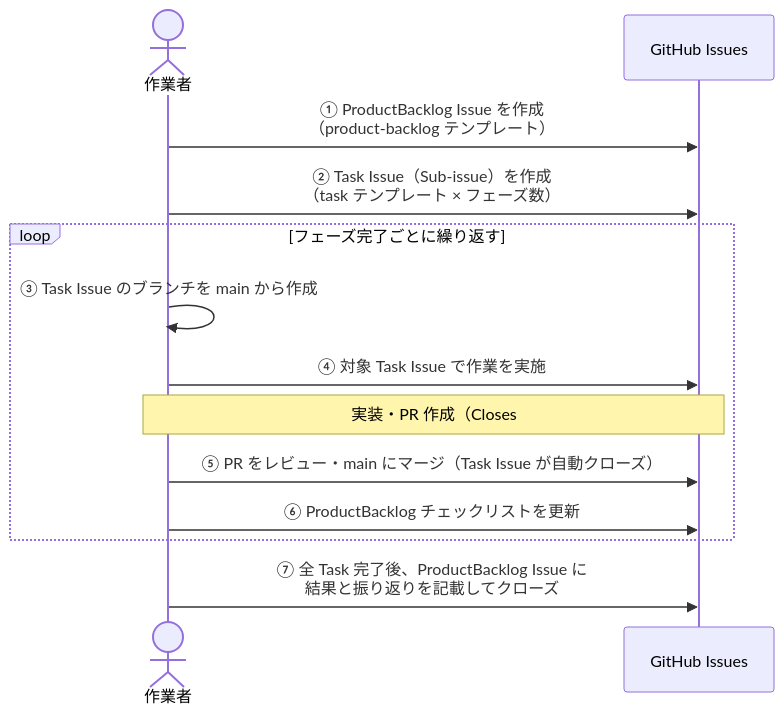
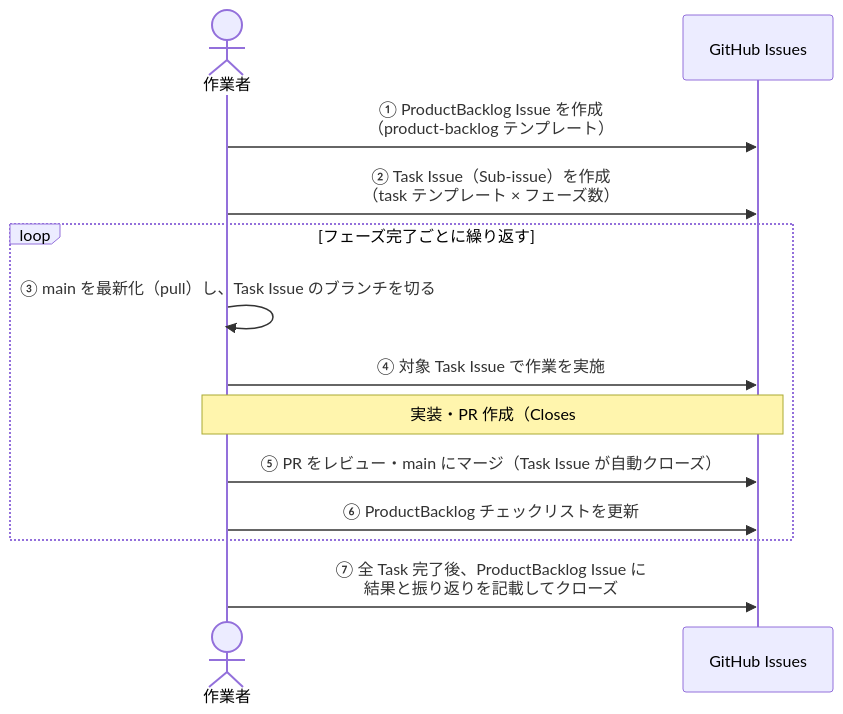
The first of 2 diagrams in guides/development-policy/issue-operation-rules.md (masaya-ueki/life-os), drawn with Mermaid before and after one commit. The commit also changed other lines of this file and 2 other files, not shown here.

First line of the commit message:
docs(common): main からブランチを切る前に pull するルールを追加

````diff
--- a/guides/development-policy/issue-operation-rules.md
+++ b/guides/development-policy/issue-operation-rules.md
@@ -129,18 +143,18 @@
 ```mermaid
 sequenceDiagram
     actor 作業者
     participant Issues as GitHub Issues
 
     作業者->>Issues: ① ProductBacklog Issue を作成<br/>（product-backlog テンプレート）
     作業者->>Issues: ② Task Issue（Sub-issue）を作成<br/>（task テンプレート × フェーズ数）
 
     loop フェーズ完了ごとに繰り返す
-        作業者->>作業者: ③ Task Issue のブランチを main から作成
+        作業者->>作業者: ③ main を最新化（pull）し、Task Issue のブランチを切る
         作業者->>Issues: ④ 対象 Task Issue で作業を実施
         Note over 作業者,Issues: 実装・PR 作成（Closes #Task番号 を本文に記載）
         作業者->>Issues: ⑤ PR をレビュー・main にマージ（Task Issue が自動クローズ）
         作業者->>Issues: ⑥ ProductBacklog チェックリストを更新
     end
 
     作業者->>Issues: ⑦ 全 Task 完了後、ProductBacklog Issue に<br/>結果と振り返りを記載してクローズ
 ```
````
